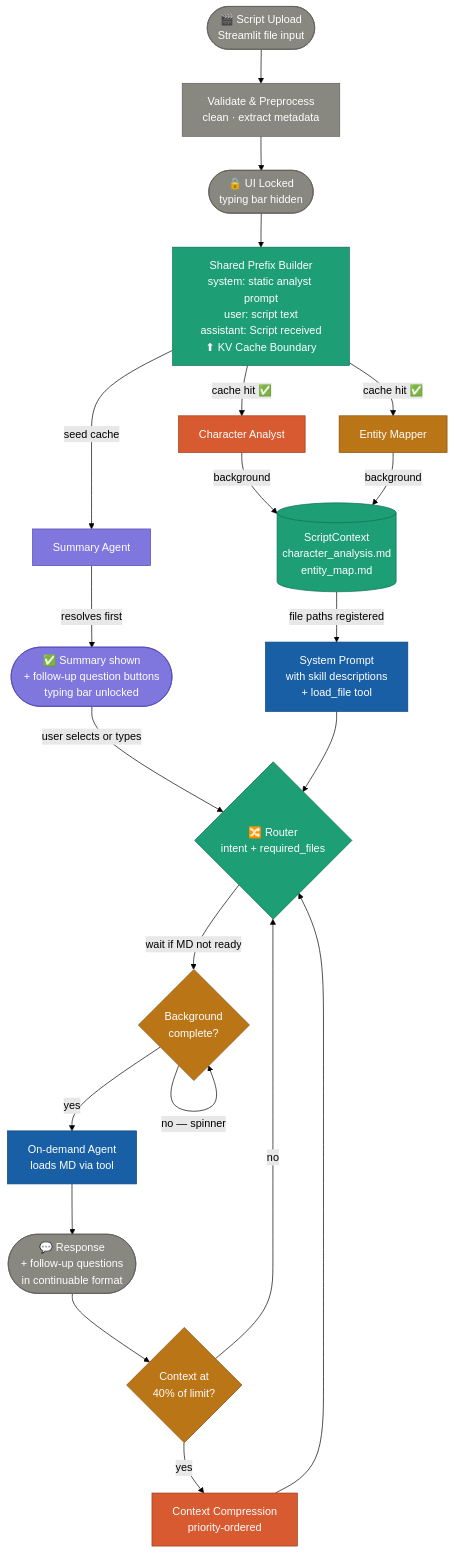
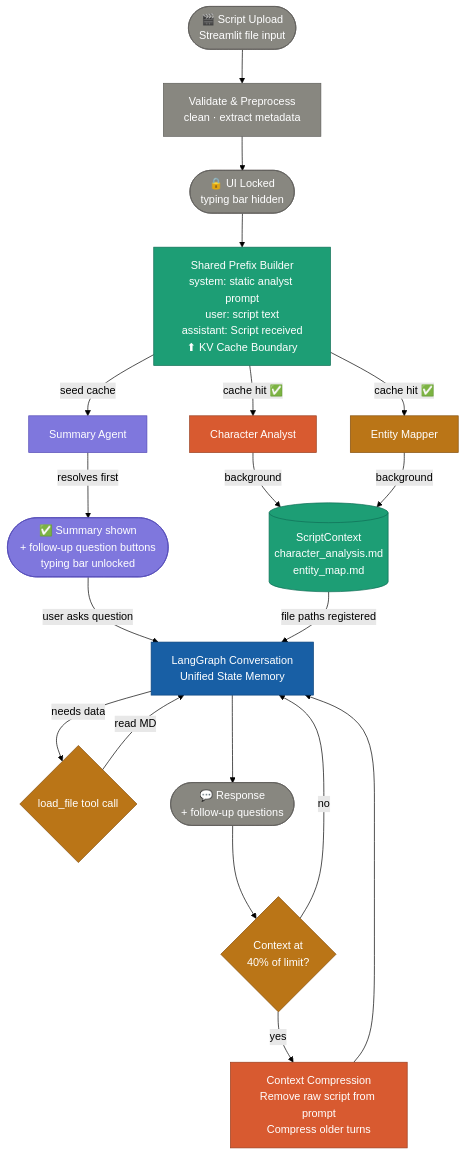
One commit to sukeshan/CineScript-Insight-Agent changed the first of 4 diagrams in agent/workflows/template.md. Above: the diagram before and after it, drawn with Mermaid (forest theme). The commit also changed other lines of this file and 7 other files, not shown here.

````diff
--- a/agent/workflows/template.md
+++ b/agent/workflows/template.md
@@ -38,35 +37,33 @@
 ```mermaid
 flowchart TD
     Upload([🎬 Script Upload\nStreamlit file input]):::gray --> Pre[Validate & Preprocess\nclean · extract metadata]:::gray
     Pre --> Lock([🔒 UI Locked\ntyping bar hidden]):::gray
     Lock --> Prefix[Shared Prefix Builder\nsystem: static analyst prompt\nuser: script text\nassistant: Script received\n⬆ KV Cache Boundary]:::teal
 
     Prefix -->|seed cache| SA[Summary Agent]:::purple
     Prefix -->|cache hit ✅| CA[Character Analyst]:::coral
     Prefix -->|cache hit ✅| EM[Entity Mapper]:::amber
 
     SA -->|resolves first| SUM([✅ Summary shown\n+ follow-up question buttons\ntyping bar unlocked]):::purple
     CA -->|background| SC[(ScriptContext\ncharacter_analysis.md\nentity_map.md)]:::teal
     EM -->|background| SC
 
-    SUM -->|user selects or types| Router{🔀 Router\nintent + required_files}:::teal
-    SC -->|file paths registered| SysPrompt[System Prompt\nwith skill descriptions\n+ load_file tool]:::blue
+    SUM -->|user asks question| Agent[LangGraph Conversation\nUnified State Memory]:::blue
+    SC -->|file paths registered| Agent
 
-    SysPrompt --> Router
-    Router -->|wait if MD not ready| Gate{Background\ncomplete?}:::amber
-    Gate -->|yes| Agent[On-demand Agent\nloads MD via tool]:::blue
-    Gate -->|no — spinner| Gate
-
-    Agent --> Response([💬 Response\n+ follow-up questions\nin continuable format]):::gray
+    Agent -->|needs data| Tool{load_file tool call}:::amber
+    Tool -->|read MD| Agent
+    Agent --> Response([💬 Response\n+ follow-up questions]):::gray
+    
     Response --> Budget{Context at\n40% of limit?}:::amber
-    Budget -->|no| Router
-    Budget -->|yes| Compress[Context Compression\npriority-ordered]:::coral
-    Compress --> Router
+    Budget -->|no| Agent
+    Budget -->|yes| Compress[Context Compression\nRemove raw script from prompt\nCompress older turns]:::coral
+    Compress --> Agent
 
     classDef gray   fill:#888780,stroke:#5F5E5A,color:#fff
     classDef teal   fill:#1D9E75,stroke:#0F6E56,color:#fff
     classDef purple fill:#7F77DD,stroke:#534AB7,color:#fff
     classDef coral  fill:#D85A30,stroke:#993C1D,color:#fff
     classDef amber  fill:#BA7517,stroke:#854F0B,color:#fff
     classDef blue   fill:#185FA5,stroke:#0C447C,color:#fff
 ```
````
